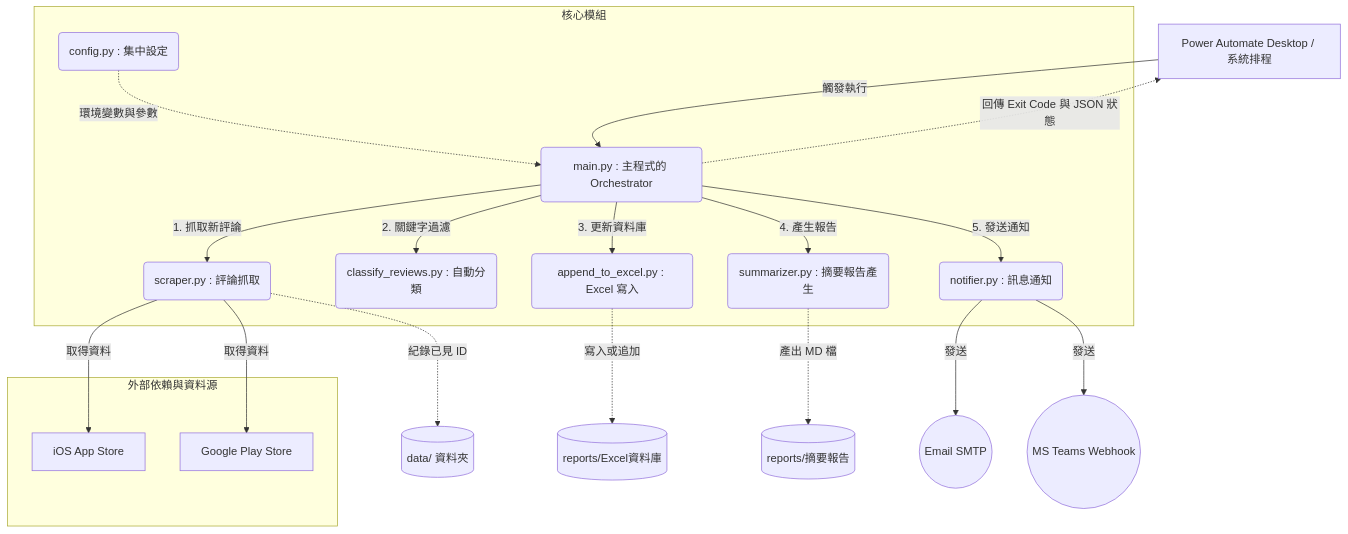
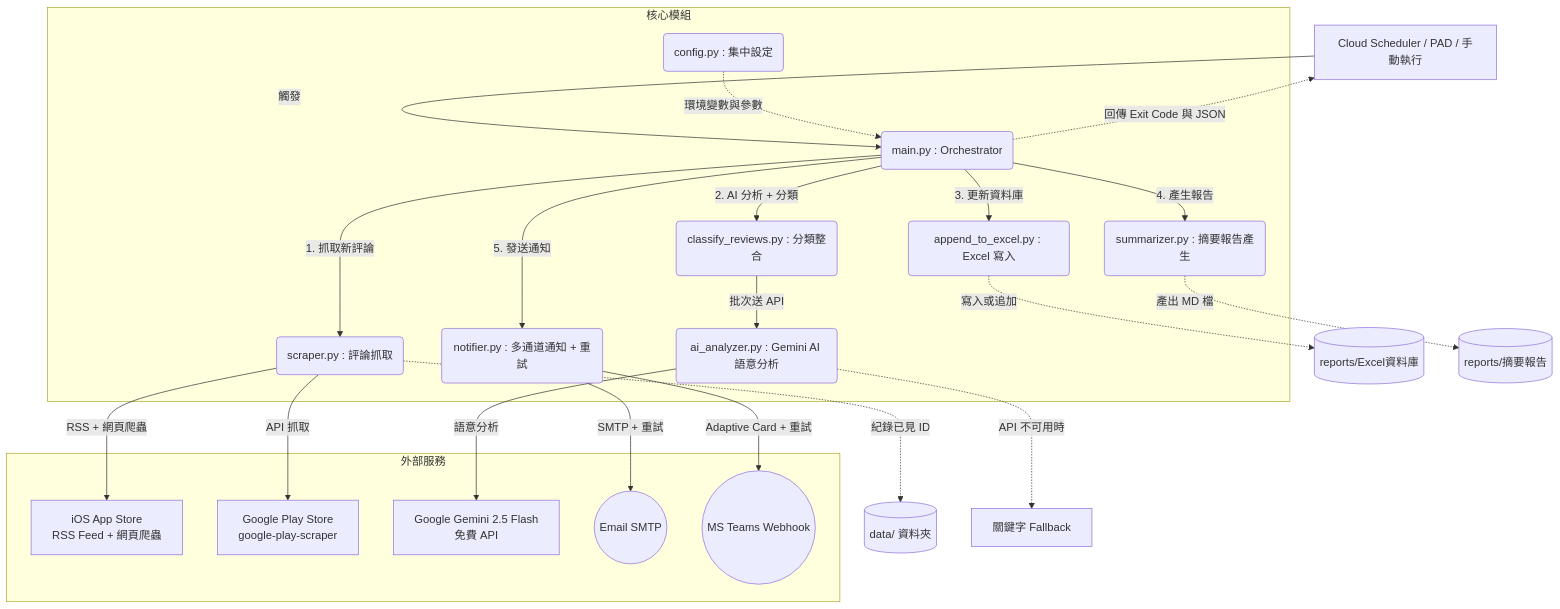
Before and after one commit to a9181873/App_review_monitoring: the diagram in ARCHITECTURE_FOR_NOTEBOOKLM.md, drawn with Mermaid. The commit also changed other lines of this file and 26 other files, not shown here.

````diff
--- a/ARCHITECTURE_FOR_NOTEBOOKLM.md
+++ b/ARCHITECTURE_FOR_NOTEBOOKLM.md
@@ -14,36 +16,44 @@
 ```mermaid
 graph TD
-    PAD[Power Automate Desktop / 系統排程] -->|觸發執行| Main(main.py : 主程式的 Orchestrator)
+    Trigger[Cloud Scheduler / PAD / 手動執行] -->|觸發| Main(main.py : Orchestrator)
 
-    subgraph 核心模組 
+    subgraph 核心模組
         Config(config.py : 集中設定) -.環境變數與參數.-> Main
         Scraper(scraper.py : 評論抓取)
-        Classifier(classify_reviews.py : 自動分類)
+        AIAnalyzer(ai_analyzer.py : Gemini AI 語意分析)
+        Classifier(classify_reviews.py : 分類整合)
         Database(append_to_excel.py : Excel 寫入)
         Summarizer(summarizer.py : 摘要報告產生)
-        Notifier(notifier.py : 訊息通知)
+        Notifier(notifier.py : 多通道通知 + 重試)
     end
-    
-    subgraph 外部依賴與資料源
-        iOS[iOS App Store]
-        Android[Google Play Store]
+
+    subgraph 外部服務
+        iOS[iOS App Store<br/>RSS Feed + 網頁爬蟲]
+        Android[Google Play Store<br/>google-play-scraper]
+        Gemini[Google Gemini 2.5 Flash<br/>免費 API]
+        Email((Email SMTP))
+        Teams((MS Teams Webhook))
     end
 
     Main -->|1. 抓取新評論| Scraper
-    Scraper -->|取得資料| iOS
-    Scraper -->|取得資料| Android
+    Scraper -->|RSS + 網頁爬蟲| iOS
+    Scraper -->|API 抓取| Android
     Scraper -.紀錄已見 ID.-> LocalData[(data/ 資料夾)]
-    
-    Main -->|2. 關鍵字過濾| Classifier
+
+    Main -->|2. AI 分析 + 分類| Classifier
+    Classifier -->|批次送 API| AIAnalyzer
+    AIAnalyzer -->|語意分析| Gemini
+    AIAnalyzer -.API 不可用時.-> Fallback[關鍵字 Fallback]
+
     Main -->|3. 更新資料庫| Database
     Database -.寫入或追加.-> ExcelRepo[(reports/Excel資料庫)]
-    
+
     Main -->|4. 產生報告| Summarizer
     Summarizer -.產出 MD 檔.-> ReportRepo[(reports/摘要報告)]
-    
+
     Main -->|5. 發送通知| Notifier
-    Notifier -->|發送| Email((Email SMTP))
-    Notifier -->|發送| Teams((MS Teams Webhook))
-    
-    Main -.回傳 Exit Code 與 JSON 狀態.-> PAD
+    Notifier -->|SMTP + 重試| Email
+    Notifier -->|Adaptive Card + 重試| Teams
+
+    Main -.回傳 Exit Code 與 JSON.-> Trigger
 ```
````
